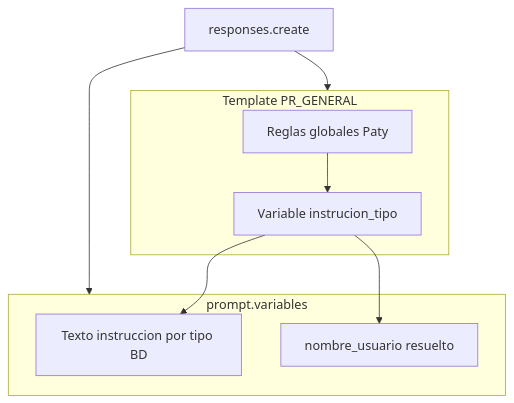
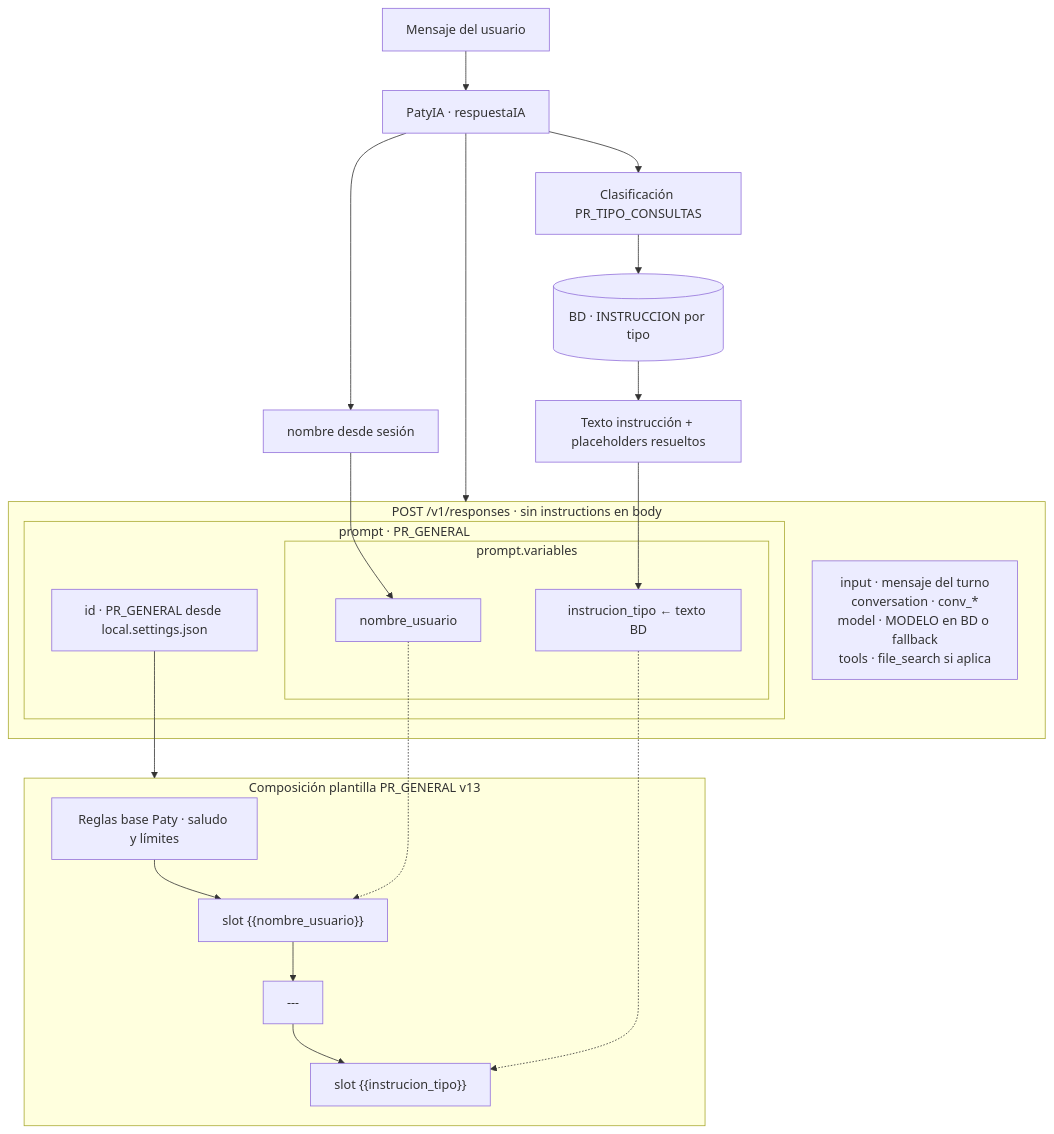
Before and after one commit to Dev-InSoft-web/ISA-DOC: the diagram in src/lib/tickets/assets/TK-1431163/tk1431163-capas-openai.mmd, drawn with Mermaid. The commit also changed 19 other files, not shown here.

First line of the commit message:
feat(instruccion): update modelo handling and enhance conversation logging

```diff
--- a/src/lib/tickets/assets/TK-1431163/tk1431163-capas-openai.mmd
+++ b/src/lib/tickets/assets/TK-1431163/tk1431163-capas-openai.mmd
@@ -1,14 +1,34 @@
 flowchart TB
-  subgraph template["Template PR_GENERAL"]
-    PG[Reglas globales Paty]
-    SLOT[Variable instrucion_tipo]
-    PG --> SLOT
+  U[Mensaje del usuario] --> PATY[PatyIA · respuestaIA]
+
+  PATY --> CL[Clasificación PR_TIPO_CONSULTAS]
+  CL --> BD[(BD · INSTRUCCION por tipo)]
+  BD --> TXT[Texto instrucción + placeholders resueltos]
+  PATY --> NOM[nombre desde sesión]
+
+  subgraph REQ["POST /v1/responses · sin instructions en body"]
+    BODY["input · mensaje del turno<br/>conversation · conv_*<br/>model · MODELO en BD o fallback<br/>tools · file_search si aplica"]
+    subgraph PR["prompt · PR_GENERAL"]
+      ID[id · PR_GENERAL desde local.settings.json]
+      subgraph VAR["prompt.variables"]
+        NU[nombre_usuario]
+        IT[instrucion_tipo ← texto BD]
+      end
+    end
   end
-  subgraph vars["prompt.variables"]
-    IT[Texto instruccion por tipo BD]
-    NU[nombre_usuario resuelto]
+
+  PATY --> REQ
+  TXT --> IT
+  NOM --> NU
+
+  subgraph TMPL["Composición plantilla PR_GENERAL v13"]
+    BASE[Reglas base Paty · saludo y límites]
+    SLOT_NU["slot {{nombre_usuario}}"]
+    SEP[---]
+    SLOT_IT["slot {{instrucion_tipo}}"]
+    BASE --> SLOT_NU --> SEP --> SLOT_IT
   end
-  SLOT --> IT
-  SLOT --> NU
-  REQ[responses.create] --> template
-  REQ --> vars
+
+  ID --> TMPL
+  NU -.-> SLOT_NU
+  IT -.-> SLOT_IT
```
